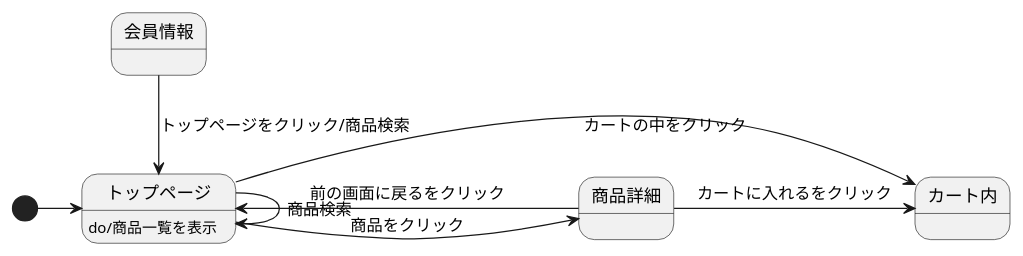
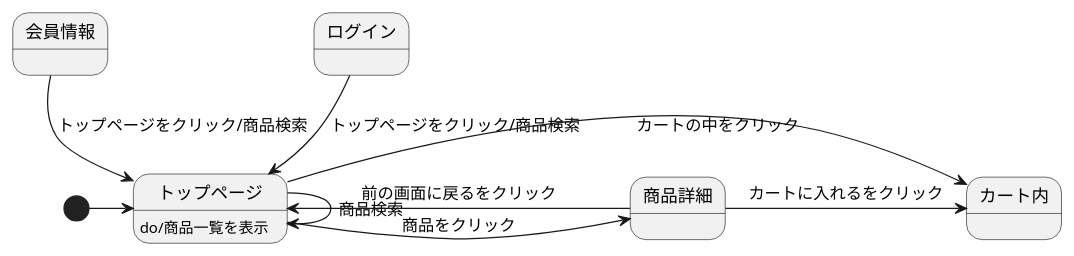
One commit to Aso2001195/2021sys-design changed the diagram in kadai7.md. Above: the diagram before and after it, drawn with PlantUML.

````diff
--- a/kadai7.md
+++ b/kadai7.md
@@ -1,12 +1,13 @@
 ```uml
 @startuml
 [*] -> トップページ
 会員情報 --> トップページ :トップページをクリック/商品検索
+ログイン --> トップページ :トップページをクリック/商品検索
 トップページ -> トップページ :商品検索
 トップページ -> 商品詳細 :商品をクリック
 トップページ -> カート内 :カートの中をクリック
 トップページ : do/商品一覧を表示
 商品詳細 -> カート内 :カートに入れるをクリック
 商品詳細 -> トップページ :前の画面に戻るをクリック
 @enduml
 ```
````
